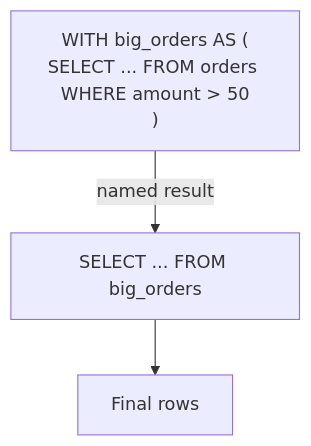
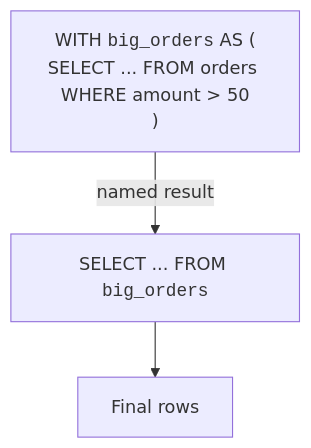
One commit to dataslope/dataslope changed the first of 2 diagrams in content/learn/intro-sql-postgres/common-table-expressions.mdx. Above: the diagram before and after it, drawn with Mermaid. The commit also changed 153 other files, not shown here.

First line of the commit message:
Render code-only mermaid shapes in monospace; convert step sequences to Steps

````diff
--- a/content/learn/intro-sql-postgres/common-table-expressions.mdx
+++ b/content/learn/intro-sql-postgres/common-table-expressions.mdx
@@ -17,5 +17,5 @@
 ```mermaid
 flowchart TB
-    CTE["WITH big_orders AS (<br/>SELECT ... FROM orders WHERE amount > 50<br/>)"] -->|"named result"| Main["SELECT ... FROM big_orders"]
+    CTE["WITH <code>big_orders</code> AS (<br/>SELECT ... FROM orders WHERE amount > 50<br/>)"] -->|"named result"| Main["SELECT ... FROM <code>big_orders</code>"]
     Main --> Result["Final rows"]
 ```
````
